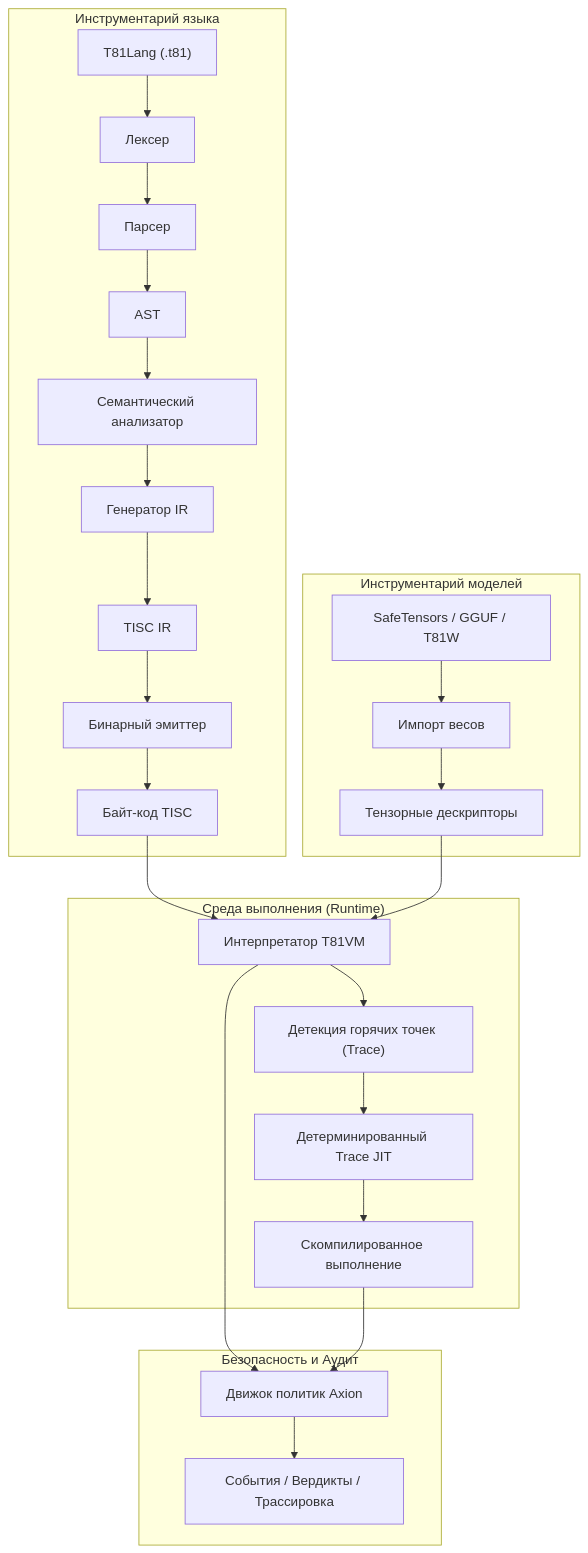
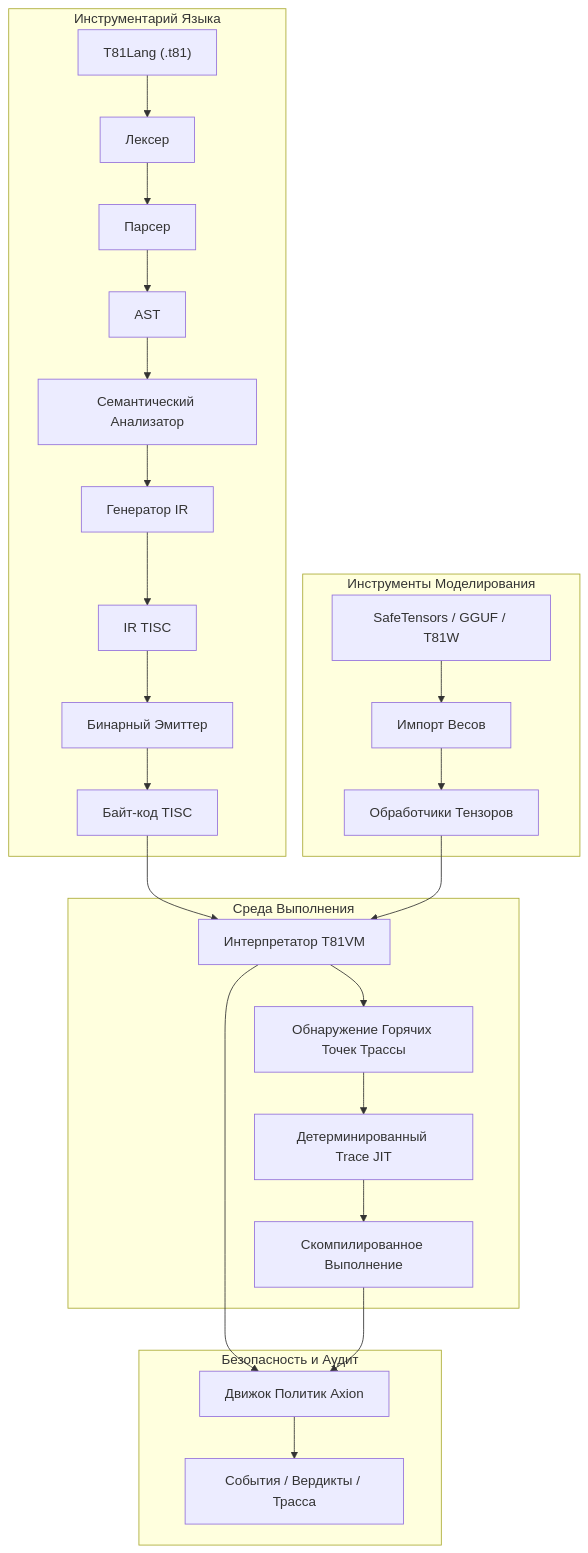
The diagram in README.ru.md (ryansctt1994-sudo/t81-foundation), drawn with Mermaid before and after one commit. The commit also changed other lines of this file and 3 other files, not shown here.

````diff
--- a/README.ru.md
+++ b/README.ru.md
@@ -59,30 +63,29 @@
 ```mermaid
 graph TD
-    subgraph "Инструментарий языка"
+    subgraph "Инструментарий Языка"
         A["T81Lang (.t81)"] --> B[Лексер]
         B --> C[Парсер]
         C --> D[AST]
-        D --> E["Семантический анализатор"]
+        D --> E["Семантический Анализатор"]
         E --> F["Генератор IR"]
-        F --> G["TISC IR"]
-        G --> H["Бинарный эмиттер"]
+        F --> G["IR TISC"]
+        G --> H["Бинарный Эмиттер"]
         H --> I["Байт-код TISC"]
     end
-    subgraph "Среда выполнения (Runtime)"
+    subgraph "Среда Выполнения"
         I --> J["Интерпретатор T81VM"]
-        J --> K["Детекция горячих точек (Trace)"]
+        J --> K["Обнаружение Горячих Точек Трассы"]
         K --> L["Детерминированный Trace JIT"]
-        L --> M["Скомпилированное выполнение"]
+        L --> M["Скомпилированное Выполнение"]
     end
     subgraph "Безопасность и Аудит"
-        J --> N["Движок политик Axion"]
+        J --> N["Движок Политик Axion"]
         M --> N
-        N --> O["События / Вердикты / Трассировка"]
+        N --> O["События / Вердикты / Трасса"]
     end
-    subgraph "Инструментарий моделей"
-        P["SafeTensors / GGUF / T81W"] --> Q["Импорт весов"]
-        Q --> R["Тензорные дескрипторы"]
+    subgraph "Инструменты Моделирования"
+        P["SafeTensors / GGUF / T81W"] --> Q["Импорт Весов"]
+        Q --> R["Обработчики Тензоров"]
         R --> J
     end
-
 ```
````
